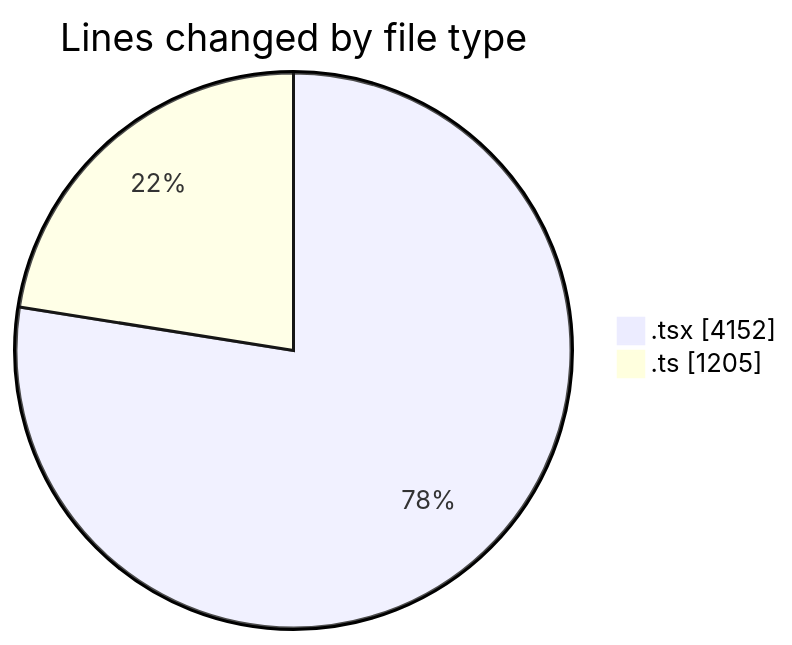
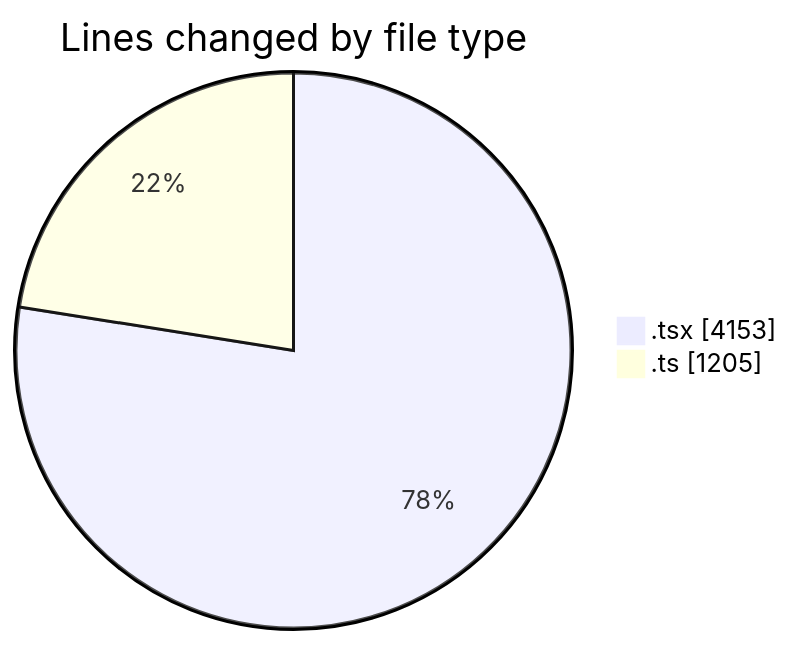
Before and after one commit to nxtqubesakshisongat/code-tracking: the first of 2 diagrams in 2026-02-18/nxtqube_webapp/README.md, drawn with Mermaid. The commit also changed other lines of this file and 1 other file, not shown here.

````diff
--- a/2026-02-18/nxtqube_webapp/README.md
+++ b/2026-02-18/nxtqube_webapp/README.md
@@ -29,6 +29,6 @@
 ```mermaid
 pie showData
 title Lines changed by file type
-".tsx" : 4152
+".tsx" : 4153
 ".ts" : 1205
 ```
````
